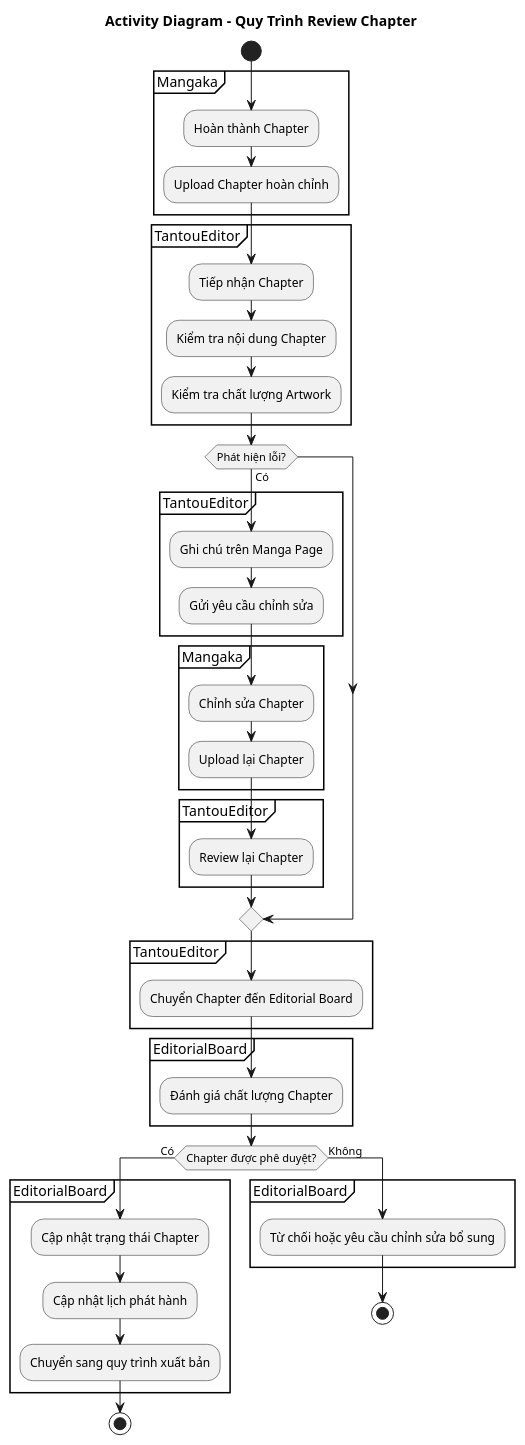
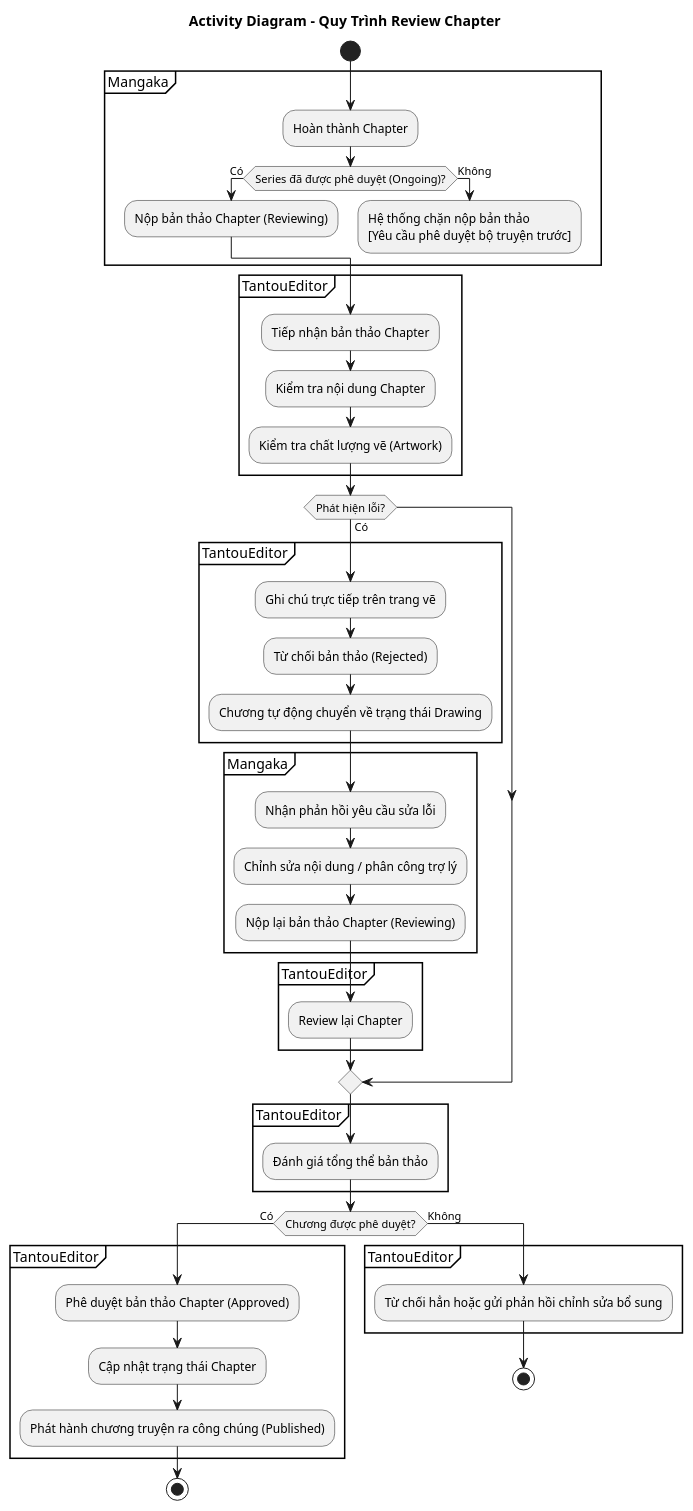
One commit to trongtan0079/manga-workflow-report changed the diagram in UML/Activity_Diagram_quy trình_Review_Chapter.puml. Above: the diagram before and after it, drawn with PlantUML. The commit also changed 14 other files, not shown here.

Commit message:
docs(uml): cap nhat va them moi cac so do UML nguon (.puml)

```diff
--- a/UML/Activity_Diagram_quy trình_Review_Chapter.puml
+++ b/UML/Activity_Diagram_quy trình_Review_Chapter.puml
@@ -1,58 +1,61 @@
 @startuml
 title Activity Diagram - Quy Trình Review Chapter
 
 skinparam backgroundColor white
 skinparam shadowing false
 skinparam linetype ortho
 skinparam activityDiamondOrientation vertical
 
 start
 
 partition Mangaka {
   :Hoàn thành Chapter;
-  :Upload Chapter hoàn chỉnh;
+  if (Series đã được phê duyệt (Ongoing)?) then (Có)
+    :Nộp bản thảo Chapter (Reviewing);
+  else (Không)
+    :Hệ thống chặn nộp bản thảo\n[Yêu cầu phê duyệt bộ truyện trước];
+    detach
+  endif
 }
 
 partition TantouEditor {
-  :Tiếp nhận Chapter;
+  :Tiếp nhận bản thảo Chapter;
   :Kiểm tra nội dung Chapter;
-  :Kiểm tra chất lượng Artwork;
+  :Kiểm tra chất lượng vẽ (Artwork);
 }
 
 if (Phát hiện lỗi?) then (Có)
   partition TantouEditor {
-    :Ghi chú trên Manga Page;
-    :Gửi yêu cầu chỉnh sửa;
+    :Ghi chú trực tiếp trên trang vẽ;
+    :Từ chối bản thảo (Rejected);
+    :Chương tự động chuyển về trạng thái Drawing;
   }
   partition Mangaka {
-    :Chỉnh sửa Chapter;
-    :Upload lại Chapter;
+    :Nhận phản hồi yêu cầu sửa lỗi;
+    :Chỉnh sửa nội dung / phân công trợ lý;
+    :Nộp lại bản thảo Chapter (Reviewing);
   }
   partition TantouEditor {
     :Review lại Chapter;
   }
 endif
 
 partition TantouEditor {
-  :Chuyển Chapter đến Editorial Board;
+  :Đánh giá tổng thể bản thảo;
 }
 
-partition EditorialBoard {
-  :Đánh giá chất lượng Chapter;
-}
-
-if (Chapter được phê duyệt?) then (Có)
-  partition EditorialBoard {
+if (Chương được phê duyệt?) then (Có)
+  partition TantouEditor {
+    :Phê duyệt bản thảo Chapter (Approved);
     :Cập nhật trạng thái Chapter;
-    :Cập nhật lịch phát hành;
-    :Chuyển sang quy trình xuất bản;
+    :Phát hành chương truyện ra công chúng (Published);
   }
   stop
 else (Không)
-  partition EditorialBoard {
-    :Từ chối hoặc yêu cầu chỉnh sửa bổ sung;
+  partition TantouEditor {
+    :Từ chối hẳn hoặc gửi phản hồi chỉnh sửa bổ sung;
   }
   stop
 endif
 
 @enduml
```
